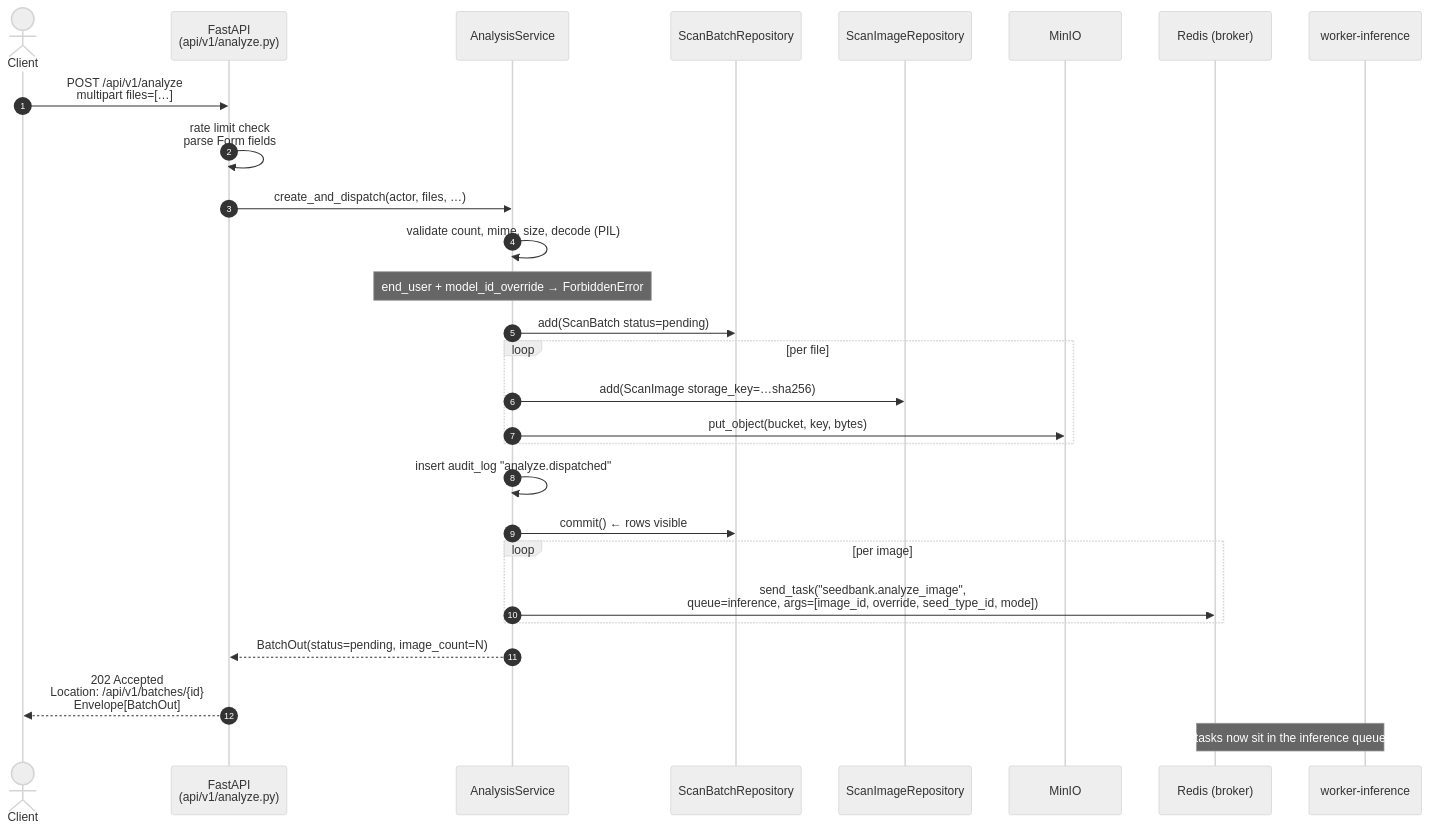
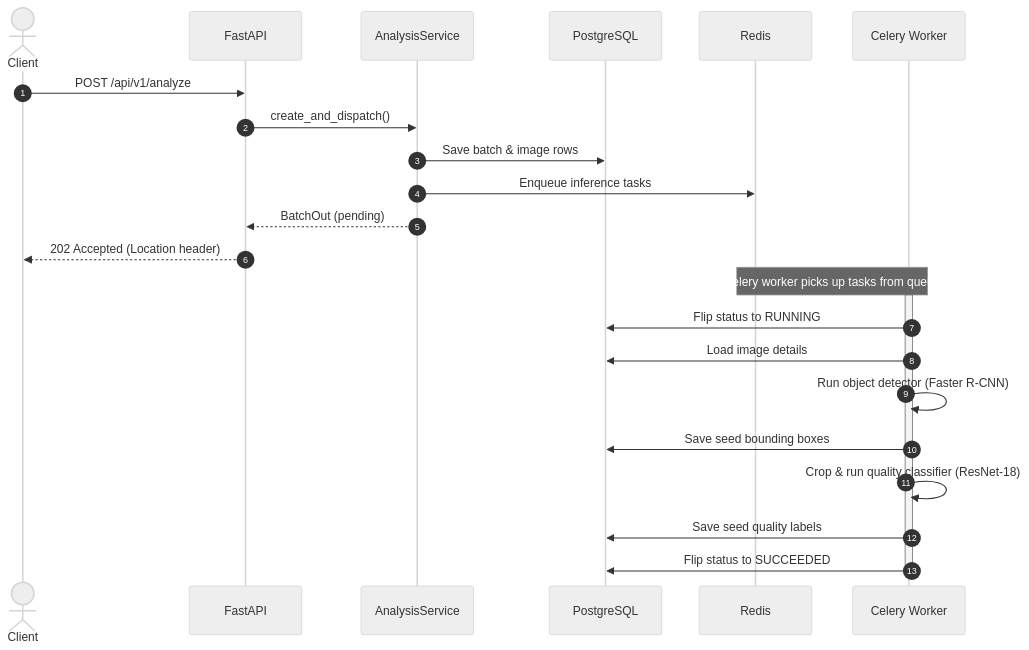
The diagram in docs/diagrams/06-analyze-sequence.md (RealOrangeKun/seed-bank), drawn with Mermaid (neutral theme) before and after one commit. The commit also changed other lines of this file and 24 other files, not shown here.

````diff
--- a/docs/diagrams/06-analyze-sequence.md
+++ b/docs/diagrams/06-analyze-sequence.md
@@ -9,35 +5,28 @@
 ```mermaid
 sequenceDiagram
     autonumber
     actor Client
-    participant API as FastAPI<br/>(api/v1/analyze.py)
+    participant API as FastAPI
     participant Svc as AnalysisService
-    participant SBR as ScanBatchRepository
-    participant SIR as ScanImageRepository
-    participant Min as MinIO
-    participant Q as Redis (broker)
-    participant W as worker-inference
+    participant DB as PostgreSQL
+    participant Q as Redis
+    participant W as Celery Worker
 
-    Client->>API: POST /api/v1/analyze<br/>multipart files=[…]
-    API->>API: rate limit check<br/>parse Form fields
-    API->>Svc: create_and_dispatch(actor, files, …)
+    Client->>API: POST /api/v1/analyze
+    API->>Svc: create_and_dispatch()
+    Svc->>DB: Save batch & image rows
+    Svc->>Q: Enqueue inference tasks
+    Svc-->>API: BatchOut (pending)
+    API-->>Client: 202 Accepted (Location header)
 
-    Svc->>Svc: validate count, mime, size, decode (PIL)
-    note over Svc: end_user + model_id_override → ForbiddenError
-
-    Svc->>SBR: add(ScanBatch status=pending)
-    loop per file
-        Svc->>SIR: add(ScanImage storage_key=…sha256)
-        Svc->>Min: put_object(bucket, key, bytes)
-    end
-    Svc->>Svc: insert audit_log "analyze.dispatched"
-    Svc->>SBR: commit() ← rows visible
-    loop per image
-        Svc->>Q: send_task("seedbank.analyze_image",<br/>queue=inference, args=[image_id, override, seed_type_id, mode])
-    end
-    Svc-->>API: BatchOut(status=pending, image_count=N)
-
-    API-->>Client: 202 Accepted<br/>Location: /api/v1/batches/{id}<br/>Envelope[BatchOut]
-
-    note over Q,W: tasks now sit in the inference queue
+    Note over Q, W: Celery worker picks up tasks from queue
+    activate W
+    W->>DB: Flip status to RUNNING
+    W->>DB: Load image details
+    W->>W: Run object detector (Faster R-CNN)
+    W->>DB: Save seed bounding boxes
+    W->>W: Crop & run quality classifier (ResNet-18)
+    W->>DB: Save seed quality labels
+    W->>DB: Flip status to SUCCEEDED
+    deactivate W
 ```
````
